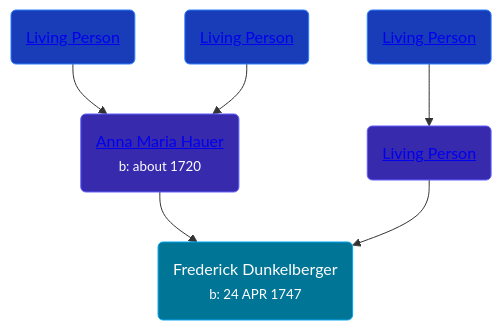
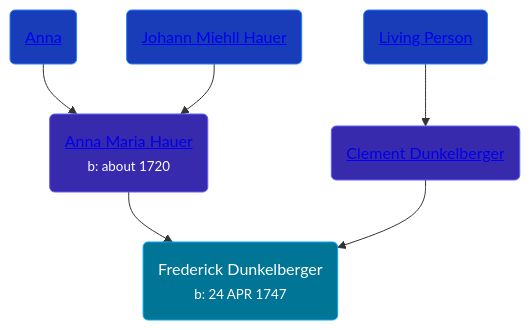
One commit to wpmgotkh/wpmgotkh.github.io changed the diagram in pages/people/2/29307544.md. Above: the diagram before and after it, drawn with Mermaid. The commit also changed other lines of this file and 586 other files, not shown here.

Commit message:
feat: better shouldConsiderPersonLiving algo

````diff
--- a/pages/people/2/29307544.md
+++ b/pages/people/2/29307544.md
@@ -11,12 +11,12 @@
 ```mermaid
 graph
 classDef grands fill:#193cb8,stroke:#2b7fff,stroke-width:1px,color:#fff;
 classDef parents fill:#372aac,stroke:#615fff,stroke-width:1px,color:#fff;
 classDef primary fill:#007595,stroke:#00a6f4,stroke-width:1px,color:#fff;
 29307544(Frederick Dunkelberger<br /><small>b: 24 APR 1747</small>):::primary
 22963774(<a class="text-white" href="/people/2/22963774">Anna Maria Hauer</a><br /><small>b: about 1720</small>):::parents-->29307544
-46044031(<a class="text-white" href="/people/4/46044031">Living Person</a>):::grands-->22963774
-22920858(<a class="text-white" href="/people/2/22920858">Living Person</a>):::grands-->22963774
-13545057(<a class="text-white" href="/people/1/13545057">Living Person</a>):::parents-->29307544
+46044031(<a class="text-white" href="/people/4/46044031">Anna </a>):::grands-->22963774
+22920858(<a class="text-white" href="/people/2/22920858">Johann Miehll Hauer</a>):::grands-->22963774
+13545057(<a class="text-white" href="/people/1/13545057">Clement Dunkelberger</a>):::parents-->29307544
 18284468(<a class="text-white" href="/people/1/18284468">Living Person</a>):::grands-->13545057
 ```
````
